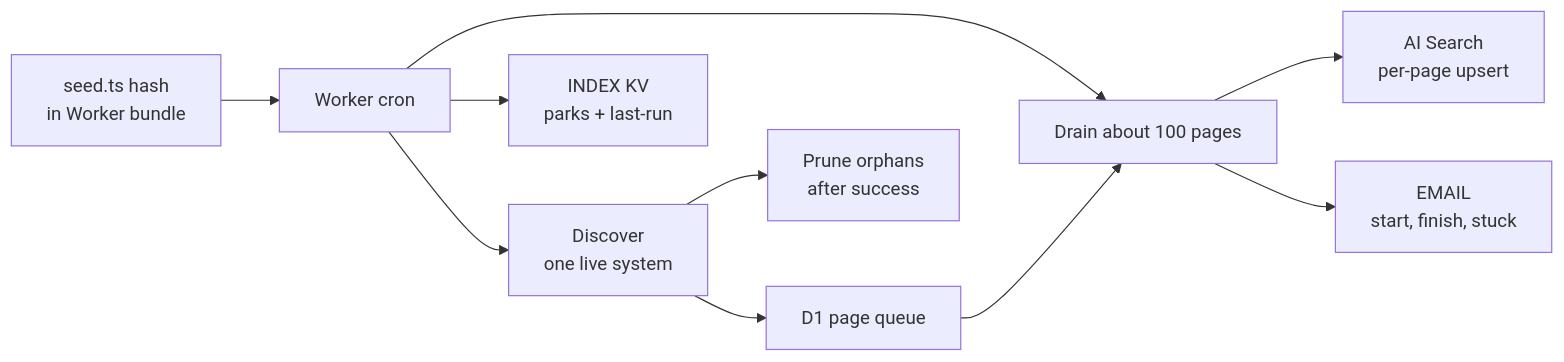
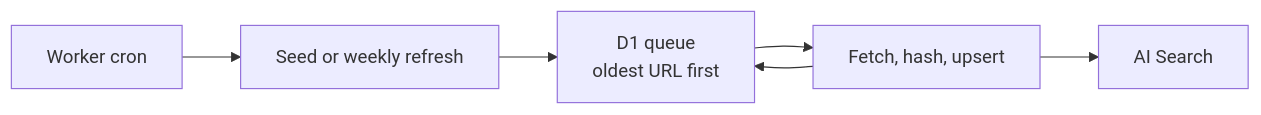
The first of 2 diagrams in docs/architecture.md (SiTaggart/design-guide), drawn with Mermaid before and after one commit. The commit also changed other lines of this file and 13 other files, not shown here.

First line of the commit message:
feat(index): drain one FIFO queue for every system (#33)

````diff
--- a/docs/architecture.md
+++ b/docs/architecture.md
@@ -7,12 +7,8 @@
 ```mermaid
 flowchart LR
-  seed["seed.ts hash\nin Worker bundle"] --> cron["Worker cron"]
-  cron --> discover["Discover\none live system"]
-  discover --> queue["D1 page queue"]
-  discover --> prune["Prune orphans\nafter success"]
-  cron --> drain["Drain about 100 pages"]
-  queue --> drain
-  drain --> items["AI Search\nper-page upsert"]
-  cron --> kv["INDEX KV\nparks + last-run"]
-  drain --> mail["EMAIL\nstart, finish, stuck"]
+  cron["Worker cron"] --> seed["Seed or weekly refresh"]
+  seed --> queue["D1 queue\noldest URL first"]
+  queue --> worker["Fetch, hash, upsert"]
+  worker --> items["AI Search"]
+  worker --> queue
 ```
````
